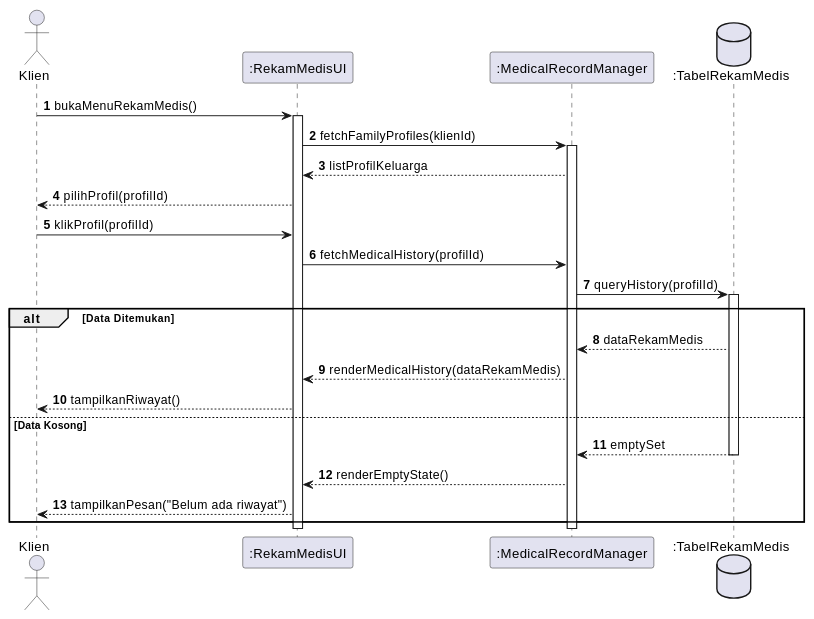
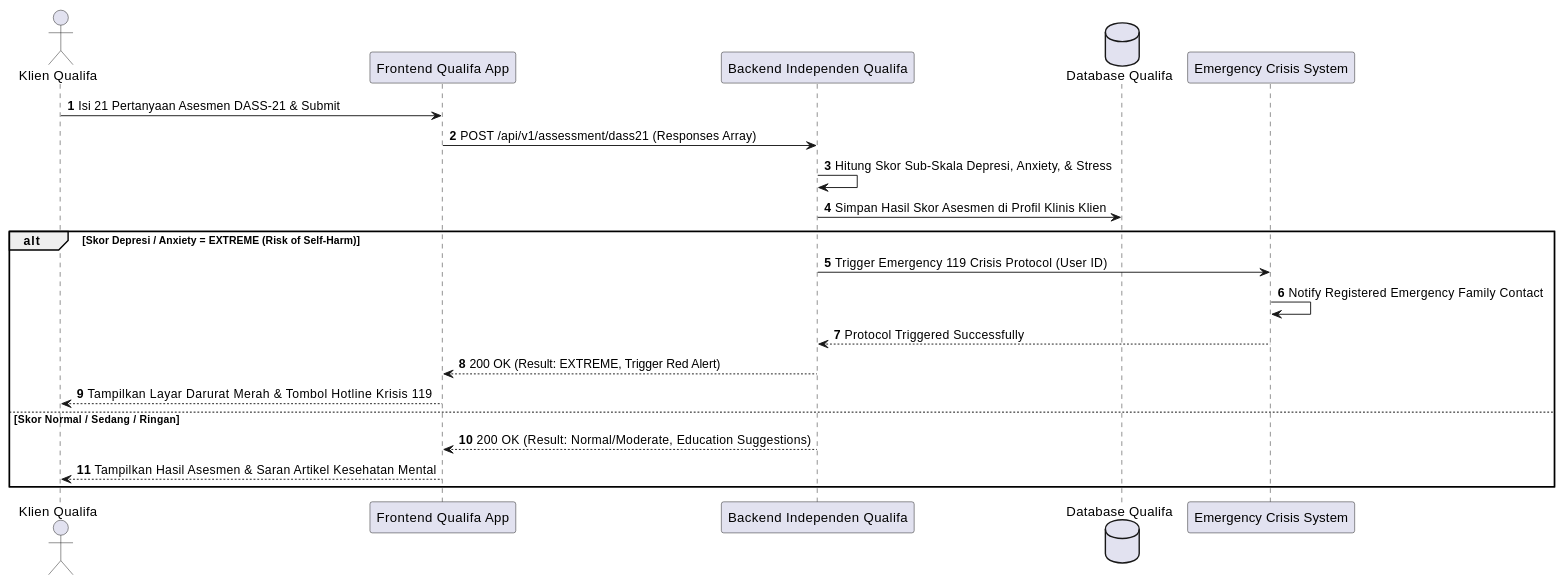
One commit to tupperwureism/SuperApp-Gagal changed diagram 17 of 20 in MarkDown/plantuml_sequence_diagrams.md. Above: the diagram before and after it, drawn with PlantUML. The commit also changed other lines of this file and 60 other files, not shown here.

````diff
--- a/MarkDown/plantuml_sequence_diagrams.md
+++ b/MarkDown/plantuml_sequence_diagrams.md
@@ -1941,34 +607,26 @@
 ```plantuml
 @startuml
 autonumber
-actor Klien
-participant ":RekamMedisUI" as UI
-participant ":MedicalRecordManager" as Manager
-database ":TabelRekamMedis" as DB
+actor "Klien Qualifa" as Klien
+participant "Frontend Qualifa App" as FE
+participant "Backend Independen Qualifa" as BE
+database "Database Qualifa" as DB
+participant "Emergency Crisis System" as Crisis
 
-Klien -> UI : bukaMenuRekamMedis()
-activate UI
-UI -> Manager : fetchFamilyProfiles(klienId)
-activate Manager
-Manager --> UI : listProfilKeluarga
-UI --> Klien : pilihProfil(profilId)
+Klien -> FE : Isi 21 Pertanyaan Asesmen DASS-21 & Submit
+FE -> BE : POST /api/v1/assessment/dass21 (Responses Array)
+BE -> BE : Hitung Skor Sub-Skala Depresi, Anxiety, & Stress
+BE -> DB : Simpan Hasil Skor Asesmen di Profil Klinis Klien
 
-Klien -> UI : klikProfil(profilId)
-UI -> Manager : fetchMedicalHistory(profilId)
-Manager -> DB : queryHistory(profilId)
-activate DB
-
-alt Data Ditemukan
-  DB --> Manager : dataRekamMedis
-  Manager --> UI : renderMedicalHistory(dataRekamMedis)
-  UI --> Klien : tampilkanRiwayat()
-else Data Kosong
-  DB --> Manager : emptySet
-  deactivate DB
-  Manager --> UI : renderEmptyState()
-  UI --> Klien : tampilkanPesan("Belum ada riwayat")
+alt Skor Depresi / Anxiety = EXTREME (Risk of Self-Harm)
+    BE -> Crisis : Trigger Emergency 119 Crisis Protocol (User ID)
+    Crisis -> Crisis : Notify Registered Emergency Family Contact
+    Crisis --> BE : Protocol Triggered Successfully
+    BE --> FE : 200 OK (Result: EXTREME, Trigger Red Alert)
+    FE --> Klien : Tampilkan Layar Darurat Merah & Tombol Hotline Krisis 119
+else Skor Normal / Sedang / Ringan
+    BE --> FE : 200 OK (Result: Normal/Moderate, Education Suggestions)
+    FE --> Klien : Tampilkan Hasil Asesmen & Saran Artikel Kesehatan Mental
 end
-deactivate Manager
-deactivate UI
 @enduml
 ```
````
